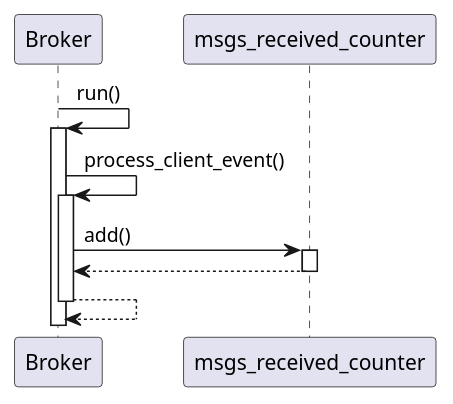
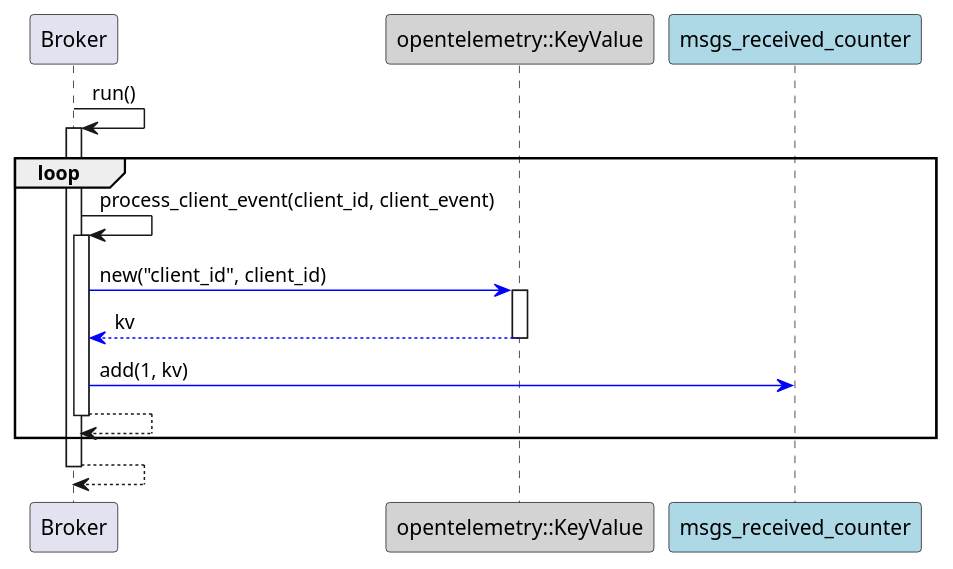
The second of 2 diagrams in mqtt/docs/metrics.md (Azure/iotedge), drawn with PlantUML before and after one commit. The commit also changed other lines of this file and 2 other files, not shown here.

Commit message:
Updated broker metrics sequence diagrams

````diff
--- a/mqtt/docs/metrics.md
+++ b/mqtt/docs/metrics.md
@@ -35,14 +43,19 @@
 ```plantuml
 @startuml sequence
 participant Broker
-participant msgs_received_counter as counter
+participant "opentelemetry::KeyValue" as kv #lightgrey
+participant msgs_received_counter as counter #lightblue
 Broker -> Broker : run()
 activate Broker
-Broker -> Broker : process_client_event()
+loop
+Broker -> Broker : process_client_event(client_id, client_event)
 activate Broker
-Broker -> counter : add()
-activate counter
+Broker -[#blue]> kv : new("client_id", client_id)
+activate kv
+return kv
+Broker -[#blue]> counter : add(1, kv)
 return
+end
 return
 @enduml
 ```
````
